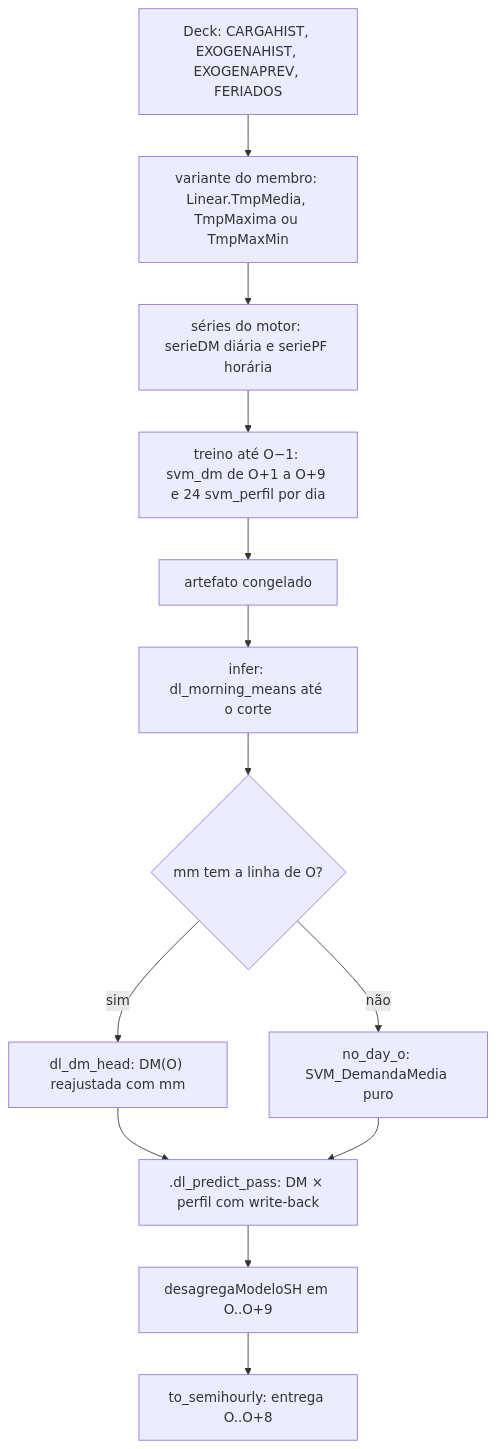
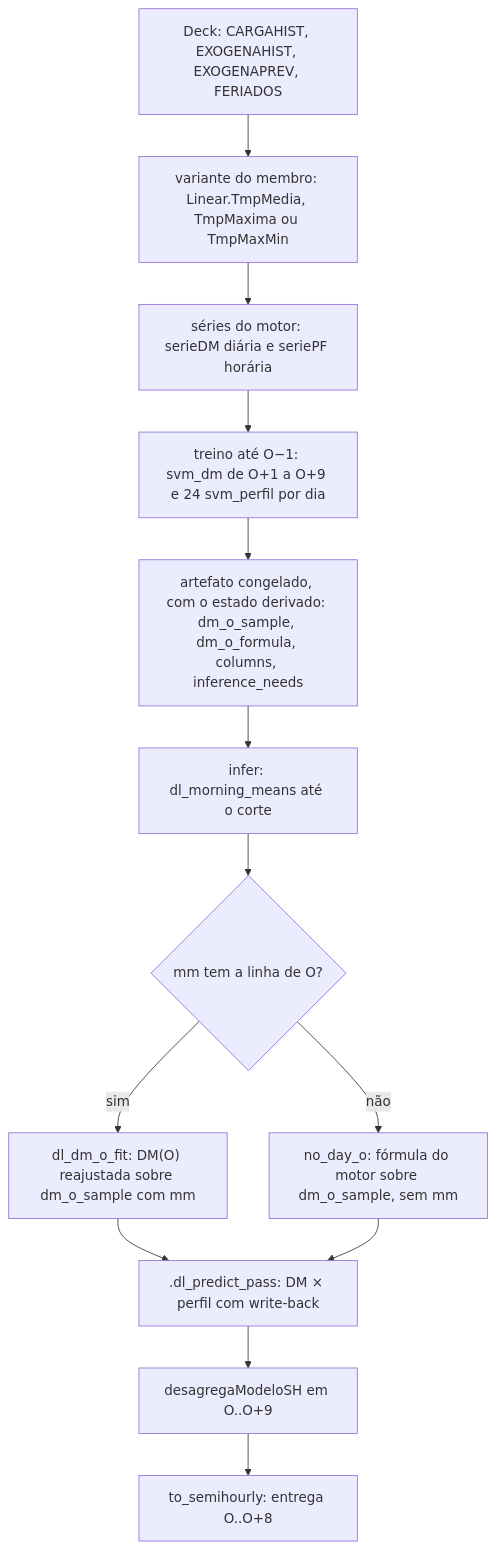
Before and after one commit to ONSBR/prevcarga: the diagram in website/docs/metodologia/09-dessem-estrutura.mdx, drawn with Mermaid. The commit also changed other lines of this file and 23 other files, not shown here.

First line of the commit message:
feat(dessem): estado derivado no artefato do dessem-linear; inferencia com deck de 15 dias (E4-T2, ADR-045 fase B)

````diff
--- a/website/docs/metodologia/09-dessem-estrutura.mdx
+++ b/website/docs/metodologia/09-dessem-estrutura.mdx
@@ -192,15 +194,15 @@
 ```mermaid
 flowchart TB
   A["Deck: CARGAHIST, EXOGENAHIST, EXOGENAPREV, FERIADOS"]:::plugin --> B["variante do membro: Linear.TmpMedia, TmpMaxima ou TmpMaxMin"]:::plugin
   B --> C["séries do motor: serieDM diária e seriePF horária"]:::plugin
   C --> D["treino até O−1: svm_dm de O+1 a O+9 e 24 svm_perfil por dia"]:::plugin
-  D --> E["artefato congelado"]:::plugin
+  D --> E["artefato congelado, com o estado derivado: dm_o_sample, dm_o_formula, columns, inference_needs"]:::plugin
   E --> F["infer: dl_morning_means até o corte"]:::corte
   F --> G{"mm tem a linha de O?"}
-  G -->|sim| H["dl_dm_head: DM(O) reajustada com mm"]:::plugin
-  G -->|não| I["no_day_o: SVM_DemandaMedia puro"]:::plugin
+  G -->|sim| H["dl_dm_o_fit: DM(O) reajustada sobre dm_o_sample com mm"]:::plugin
+  G -->|não| I["no_day_o: fórmula do motor sobre dm_o_sample, sem mm"]:::plugin
   H --> J[".dl_predict_pass: DM × perfil com write-back"]:::plugin
   I --> J
   J --> K["desagregaModeloSH em O..O+9"]:::plugin
   K --> L["to_semihourly: entrega O..O+8"]:::fundacao
 ```
````
